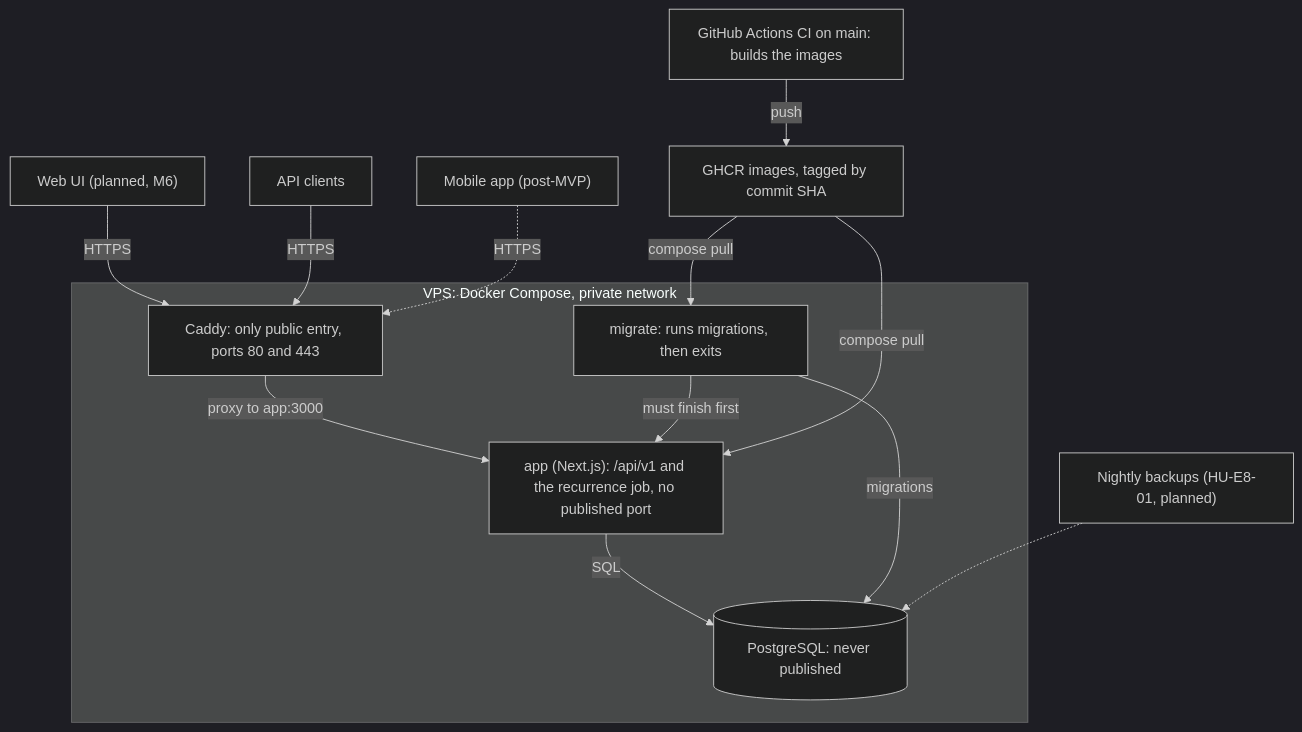
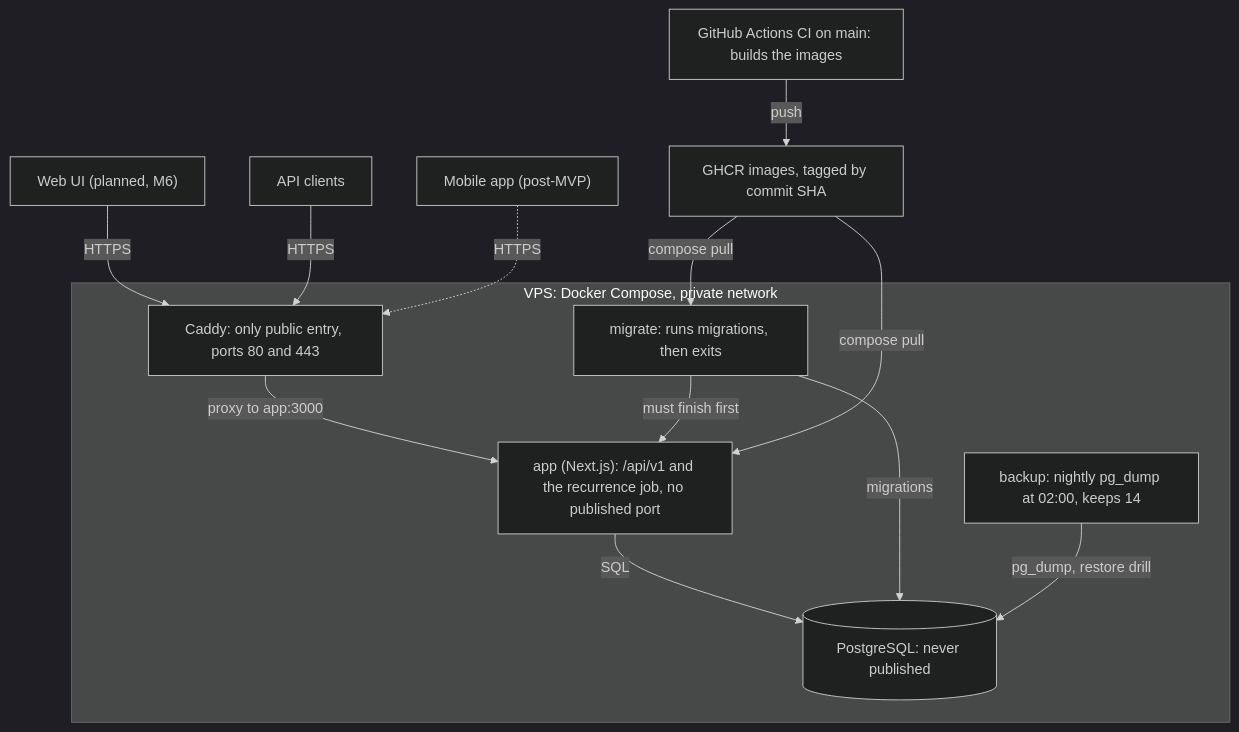
One commit to Facabore/Hearth changed the diagram in docs/architecture/README.md. Above: the diagram before and after it, drawn with Mermaid (dark theme). The commit also changed other lines of this file and 4 other files, not shown here.

Commit message:
feat(backups): add the restore drill into a scratch database (Refs #61)

````diff
--- a/docs/architecture/README.md
+++ b/docs/architecture/README.md
@@ -11,29 +11,29 @@
 ```mermaid
 flowchart TB
     web["Web UI (planned, M6)"]
     clients["API clients"]
     mobile["Mobile app (post-MVP)"]
 
     subgraph vps ["VPS: Docker Compose, private network"]
         caddy["Caddy: only public entry, ports 80 and 443"]
         app["app (Next.js): /api/v1 and the recurrence job, no published port"]
         migrate["migrate: runs migrations, then exits"]
         db[("PostgreSQL: never published")]
+        backup["backup: nightly pg_dump at 02:00, keeps 14"]
     end
 
     ci["GitHub Actions CI on main: builds the images"]
     ghcr["GHCR images, tagged by commit SHA"]
-    backups["Nightly backups (HU-E8-01, planned)"]
 
     web -->|HTTPS| caddy
     clients -->|HTTPS| caddy
     mobile -.->|HTTPS| caddy
     caddy -->|"proxy to app:3000"| app
     app -->|SQL| db
     migrate -->|migrations| db
     migrate -->|"must finish first"| app
     ci -->|push| ghcr
     ghcr -->|"compose pull"| app
     ghcr -->|"compose pull"| migrate
-    backups -.-> db
+    backup -->|"pg_dump, restore drill"| db
 ```
````
